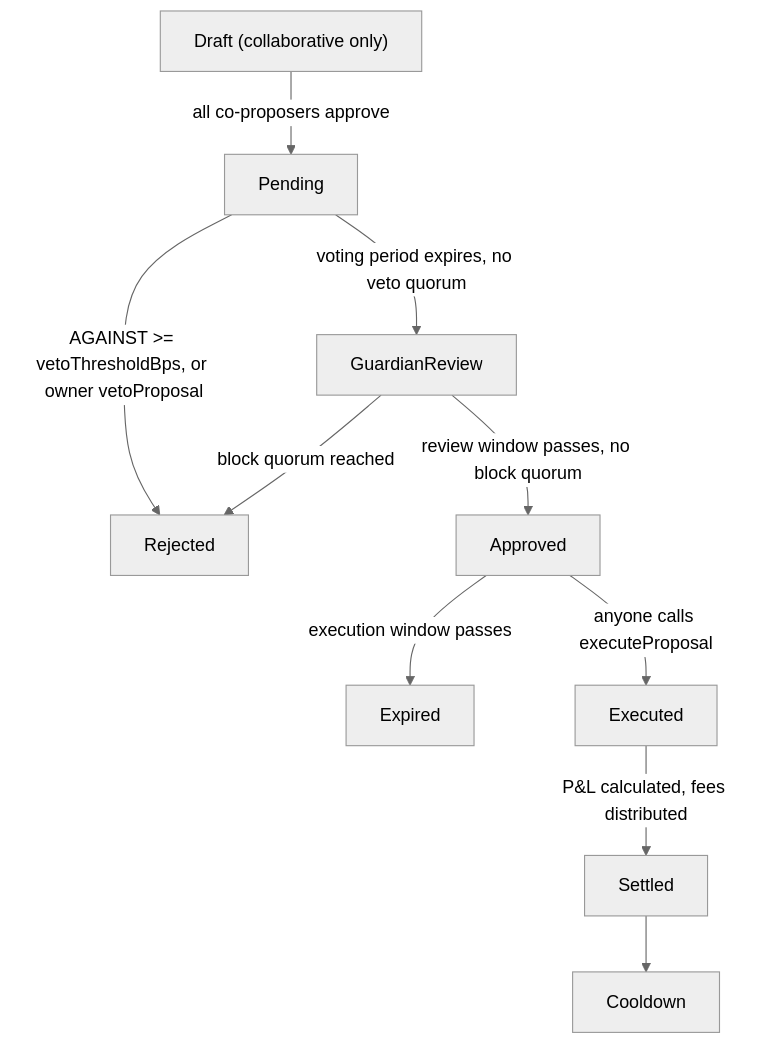
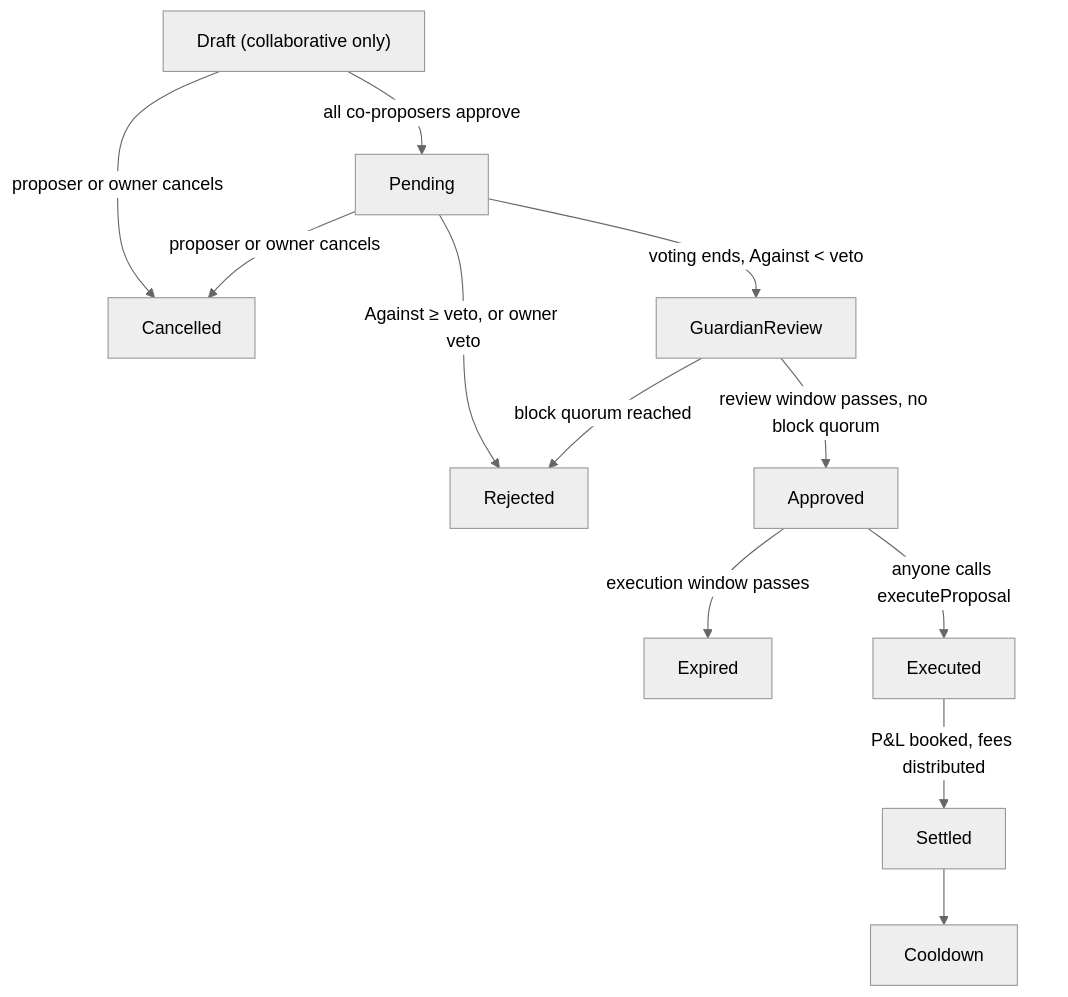
One commit to sherwoodagent/mintlify-docs changed the diagram in protocol/governance/overview.mdx. Above: the diagram before and after it, drawn with Mermaid (neutral theme). The commit also changed other lines of this file and 34 other files, not shown here.

````diff
--- a/protocol/governance/overview.mdx
+++ b/protocol/governance/overview.mdx
@@ -155,12 +113,14 @@
 ```mermaid
 graph TD
     D["Draft (collaborative only)"] -->|all co-proposers approve| P["Pending"]
-    P -->|voting period expires, no veto quorum| GR["GuardianReview"]
-    P -->|"AGAINST >= vetoThresholdBps, or owner vetoProposal"| R["Rejected"]
+    D -->|"proposer or owner cancels"| CX["Cancelled"]
+    P -->|voting ends, Against < veto| GR["GuardianReview"]
+    P -->|"Against ≥ veto, or owner veto"| R["Rejected"]
+    P -->|"proposer or owner cancels"| CX
     GR -->|review window passes, no block quorum| A["Approved"]
     GR -->|block quorum reached| R
     A -->|execution window passes| E2["Expired"]
     A -->|anyone calls executeProposal| EX["Executed"]
-    EX -->|"P&L calculated, fees distributed"| S["Settled"]
+    EX -->|"P&L booked, fees distributed"| S["Settled"]
     S --> C["Cooldown"]
 ```
````
